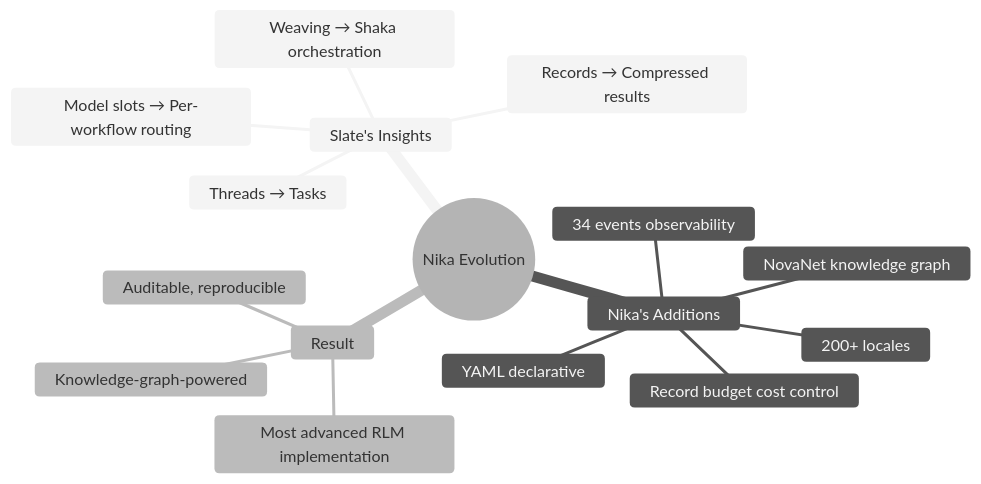
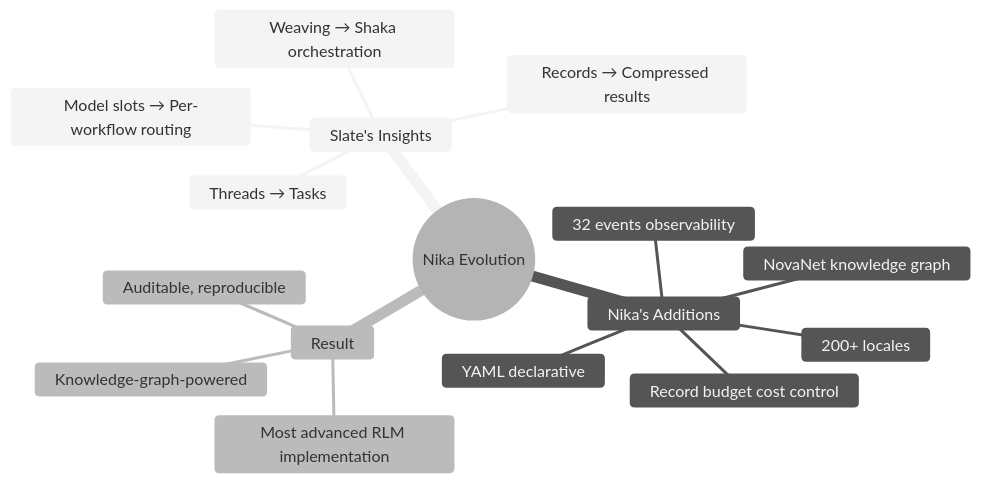
One commit to supernovae-st/nika changed the eighth of 8 diagrams in tools/nika/docs/brainstorm/nika-evolution/07-slate-deep-integration.md. Above: the diagram before and after it, drawn with Mermaid (neutral theme). The commit also changed other lines of this file and 35 other files, not shown here.

````diff
--- a/tools/nika/docs/brainstorm/nika-evolution/07-slate-deep-integration.md
+++ b/tools/nika/docs/brainstorm/nika-evolution/07-slate-deep-integration.md
@@ -471,19 +471,19 @@
 ```mermaid
 mindmap
     root((Nika Evolution))
         Slate's Insights
             Threads → Tasks
             Records → Compressed results
             Weaving → Shaka orchestration
             Model slots → Per-workflow routing
         Nika's Additions
             YAML declarative
             NovaNet knowledge graph
-            34 events observability
+            32 events observability
             Record budget cost control
             200+ locales
         Result
             Most advanced RLM implementation
             Auditable, reproducible
             Knowledge-graph-powered
 ```
````
